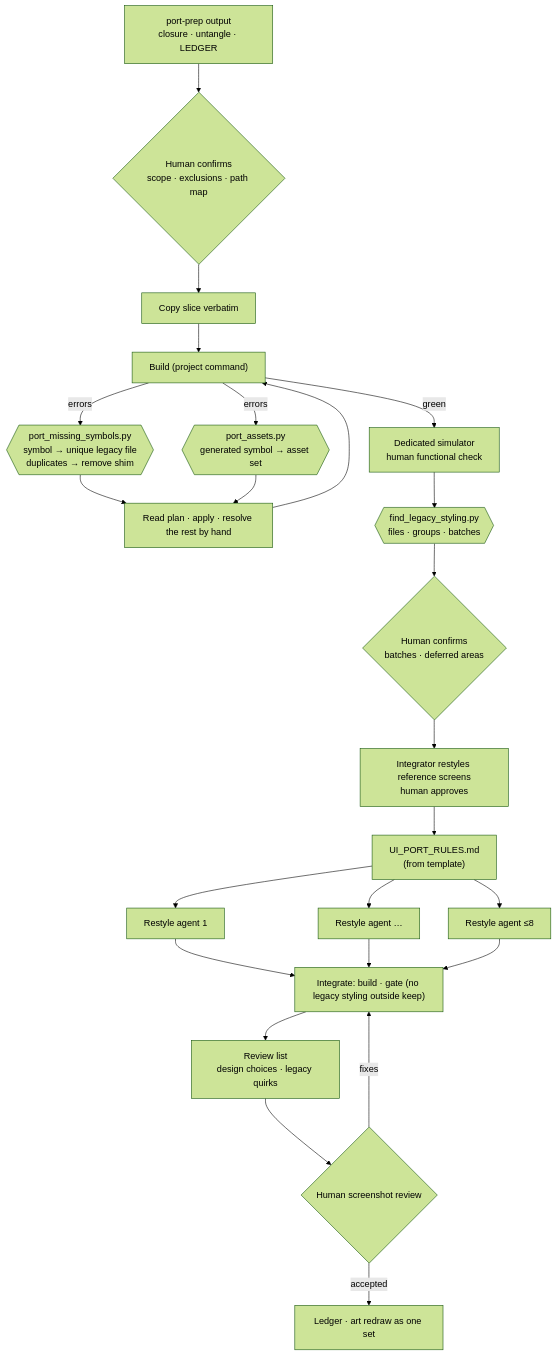
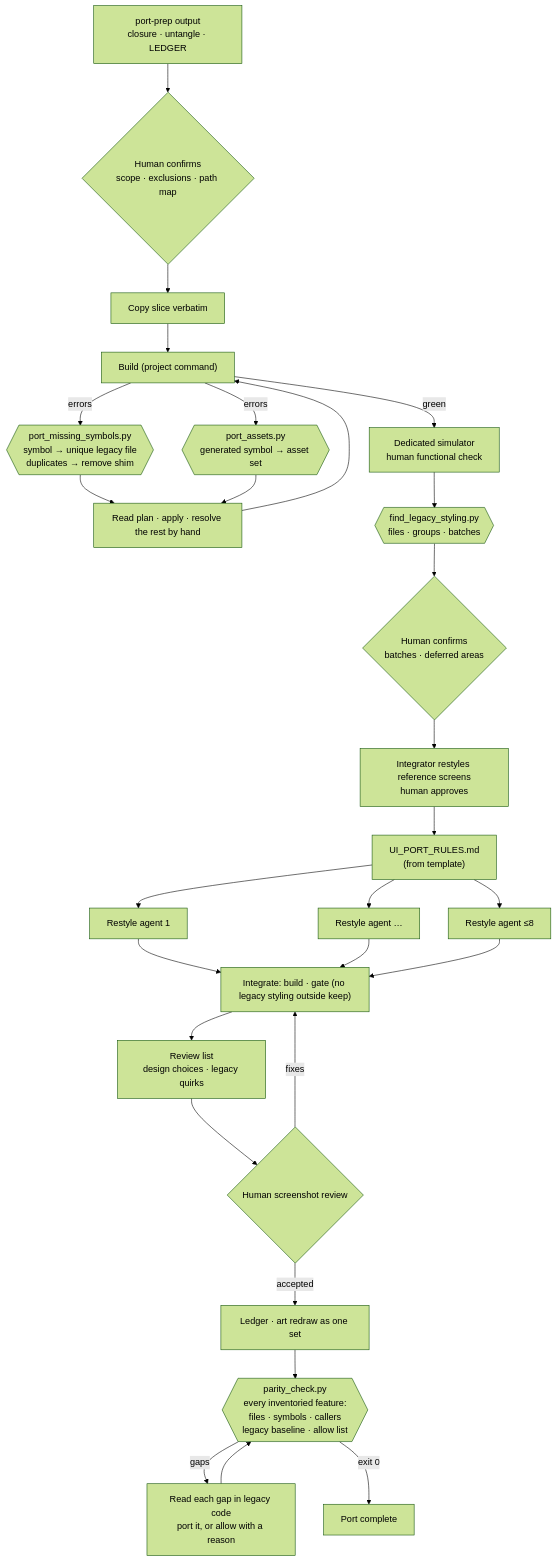
The diagram in docs/workflows/app-port.md (rcanbaba/ios-agentic-toolkit), drawn with Mermaid (forest theme) before and after one commit. The commit also changed other lines of this file and 22 other files, not shown here.

First line of the commit message:
Add a parity gate to the app-port workflow

````diff
--- a/docs/workflows/app-port.md
+++ b/docs/workflows/app-port.md
@@ -29,21 +29,25 @@
 ```mermaid
 flowchart TD
     PP["port-prep output<br/>closure · untangle · LEDGER"] --> S1{"Human confirms<br/>scope · exclusions · path map"}
     S1 --> CP["Copy slice verbatim"]
     CP --> B["Build (project command)"]
     B -- errors --> PM{{"port_missing_symbols.py<br/>symbol → unique legacy file<br/>duplicates → remove shim"}}
     B -- errors --> PA{{"port_assets.py<br/>generated symbol → asset set"}}
     PM & PA --> R["Read plan · apply · resolve the rest by hand"]
     R --> B
     B -- green --> SIM["Dedicated simulator<br/>human functional check"]
     SIM --> M{{"find_legacy_styling.py<br/>files · groups · batches"}}
     M --> H2{"Human confirms<br/>batches · deferred areas"}
     H2 --> REF["Integrator restyles reference screens<br/>human approves"]
     REF --> RULES["UI_PORT_RULES.md<br/>(from template)"]
     RULES --> A1["Restyle agent 1"] & A2["Restyle agent …"] & A6["Restyle agent ≤8"]
     A1 & A2 & A6 --> I["Integrate: build · gate (no legacy styling outside keep)"]
     I --> RL["Review list<br/>design choices · legacy quirks"]
     RL --> H3{"Human screenshot review"}
     H3 -- fixes --> I
     H3 -- accepted --> L["Ledger · art redraw as one set"]
+    L --> PC{{"parity_check.py<br/>every inventoried feature:<br/>files · symbols · callers<br/>legacy baseline · allow list"}}
+    PC -- gaps --> R2["Read each gap in legacy code<br/>port it, or allow with a reason"]
+    R2 --> PC
+    PC -- exit 0 --> DONE["Port complete"]
 ```
````
